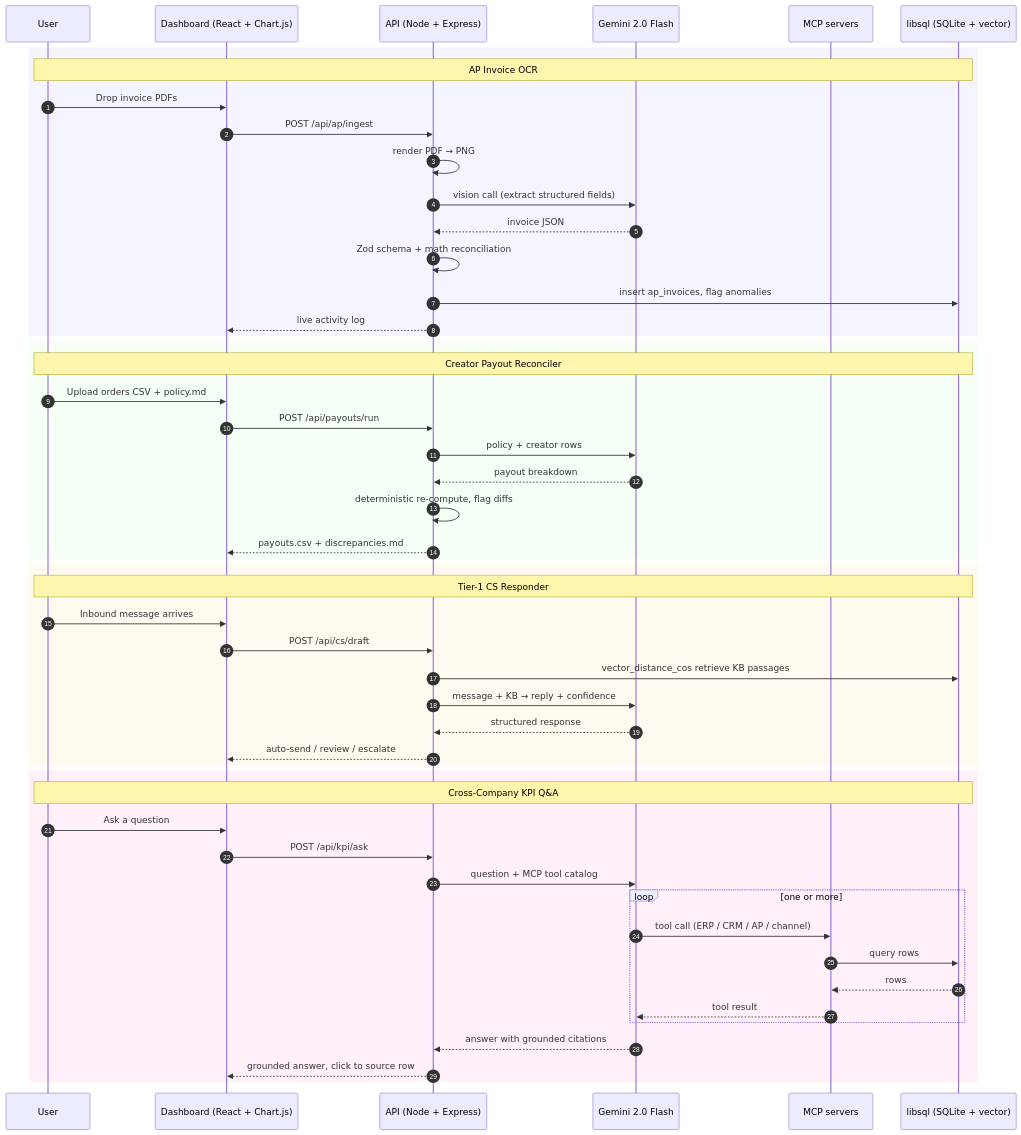
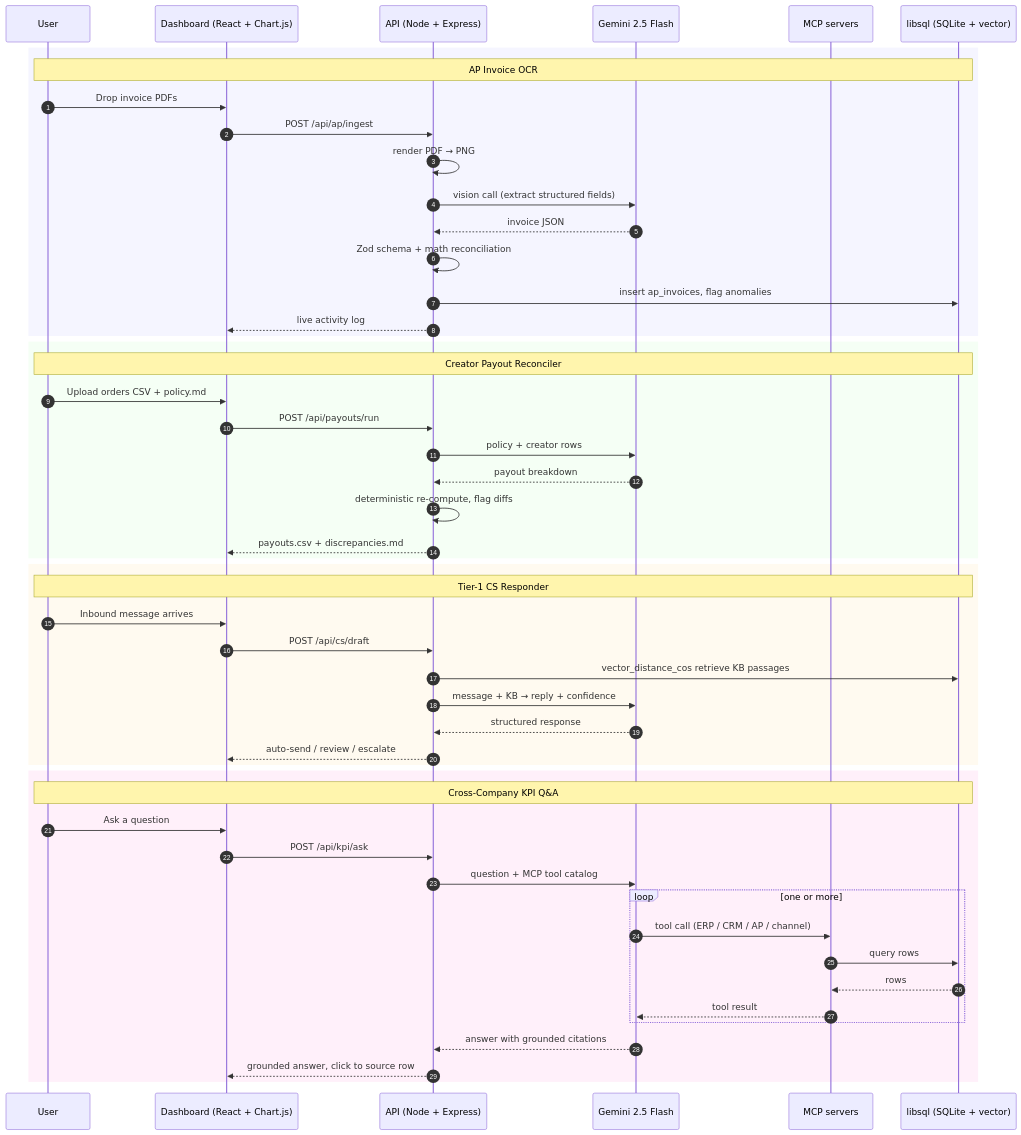
The diagram in README.md (Builder106/helm), drawn with Mermaid before and after one commit. The commit also changed other lines of this file and 11 other files, not shown here.

First line of the commit message:
gemini: 2.0 Flash pulled from free tier; swap to 2.5 Flash + make model env-overridable

````diff
--- a/README.md
+++ b/README.md
@@ -34,57 +34,57 @@
 ```mermaid
 sequenceDiagram
     autonumber
     participant U as User
     participant D as Dashboard (React + Chart.js)
     participant API as API (Node + Express)
-    participant L as Gemini 2.0 Flash
+    participant L as Gemini 2.5 Flash
     participant MCP as MCP servers
     participant DB as libsql (SQLite + vector)
 
     rect rgb(245, 245, 255)
     Note over U,DB: AP Invoice OCR
     U->>D: Drop invoice PDFs
     D->>API: POST /api/ap/ingest
     API->>API: render PDF → PNG
     API->>L: vision call (extract structured fields)
     L-->>API: invoice JSON
     API->>API: Zod schema + math reconciliation
     API->>DB: insert ap_invoices, flag anomalies
     API-->>D: live activity log
     end
 
     rect rgb(245, 255, 245)
     Note over U,DB: Creator Payout Reconciler
     U->>D: Upload orders CSV + policy.md
     D->>API: POST /api/payouts/run
     API->>L: policy + creator rows
     L-->>API: payout breakdown
     API->>API: deterministic re-compute, flag diffs
     API-->>D: payouts.csv + discrepancies.md
     end
 
     rect rgb(255, 250, 240)
     Note over U,DB: Tier-1 CS Responder
     U->>D: Inbound message arrives
     D->>API: POST /api/cs/draft
     API->>DB: vector_distance_cos retrieve KB passages
     API->>L: message + KB → reply + confidence
     L-->>API: structured response
     API-->>D: auto-send / review / escalate
     end
 
     rect rgb(255, 240, 250)
     Note over U,DB: Cross-Company KPI Q&A
     U->>D: Ask a question
     D->>API: POST /api/kpi/ask
     API->>L: question + MCP tool catalog
     loop one or more
         L->>MCP: tool call (ERP / CRM / AP / channel)
         MCP->>DB: query rows
         DB-->>MCP: rows
         MCP-->>L: tool result
     end
     L-->>API: answer with grounded citations
     API-->>D: grounded answer, click to source row
     end
 ```
````
